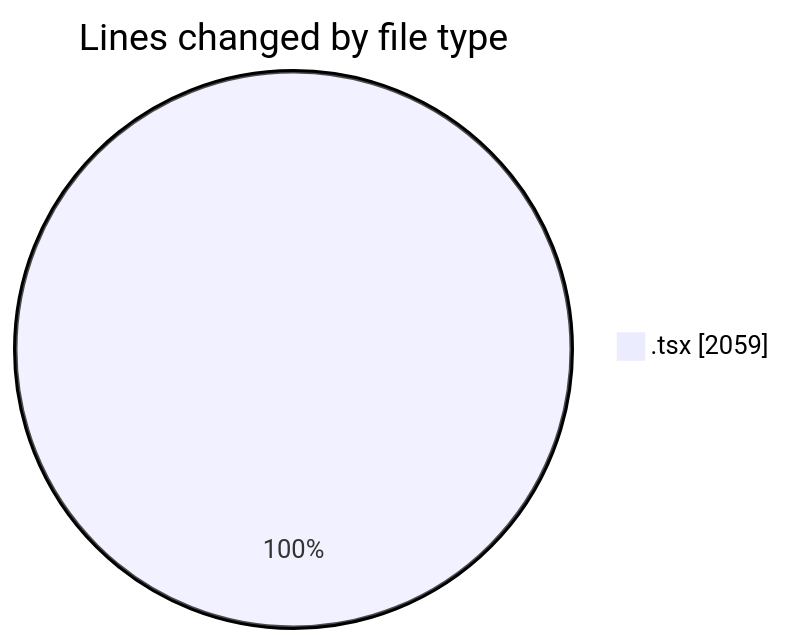
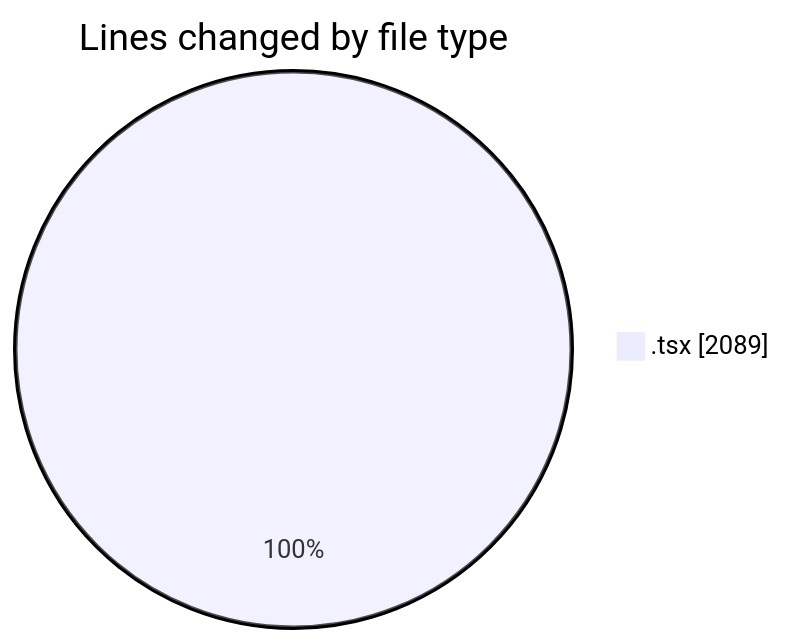
One commit to momahboobian/code-tracking changed the first of 2 diagrams in 2025-06-12/cda/README.md. Above: the diagram before and after it, drawn with Mermaid. The commit also changed other lines of this file and 1 other file, not shown here.

````diff
--- a/2025-06-12/cda/README.md
+++ b/2025-06-12/cda/README.md
@@ -23,5 +23,5 @@
 ```mermaid
 pie showData
 title Lines changed by file type
-".tsx" : 2059
+".tsx" : 2089
 ```
````
